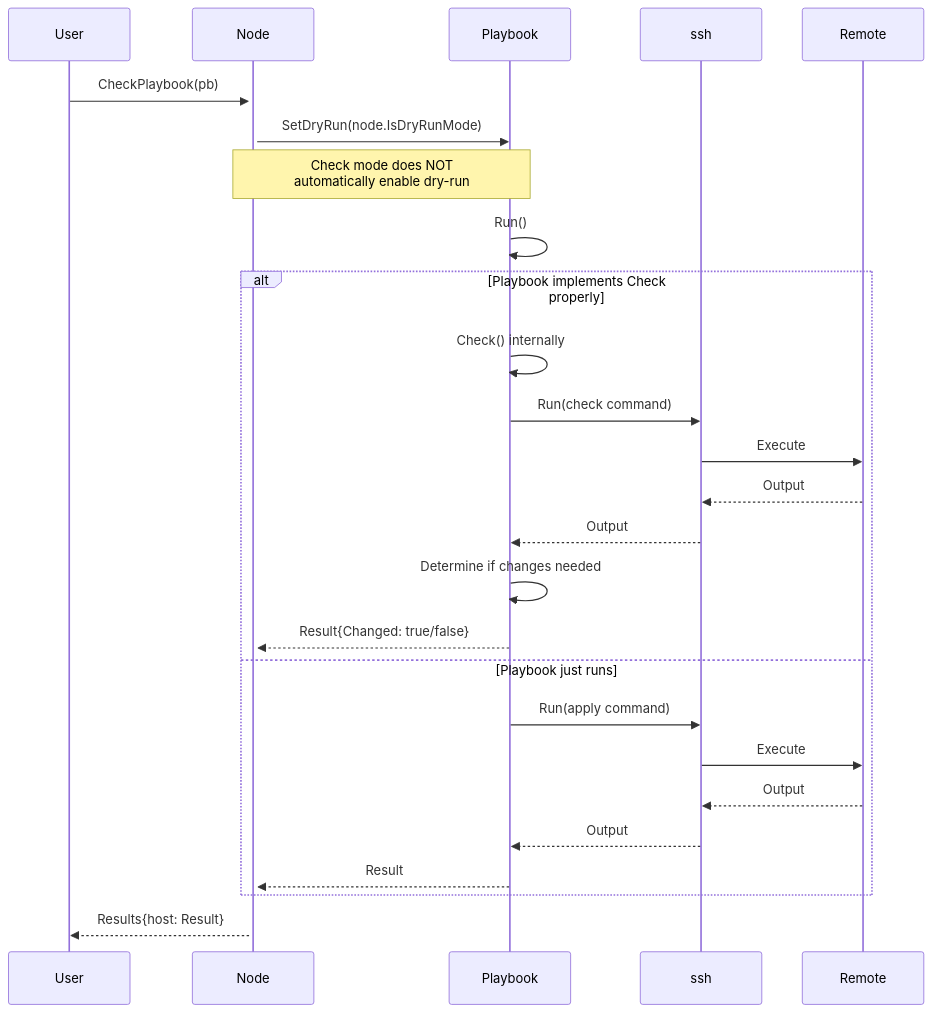
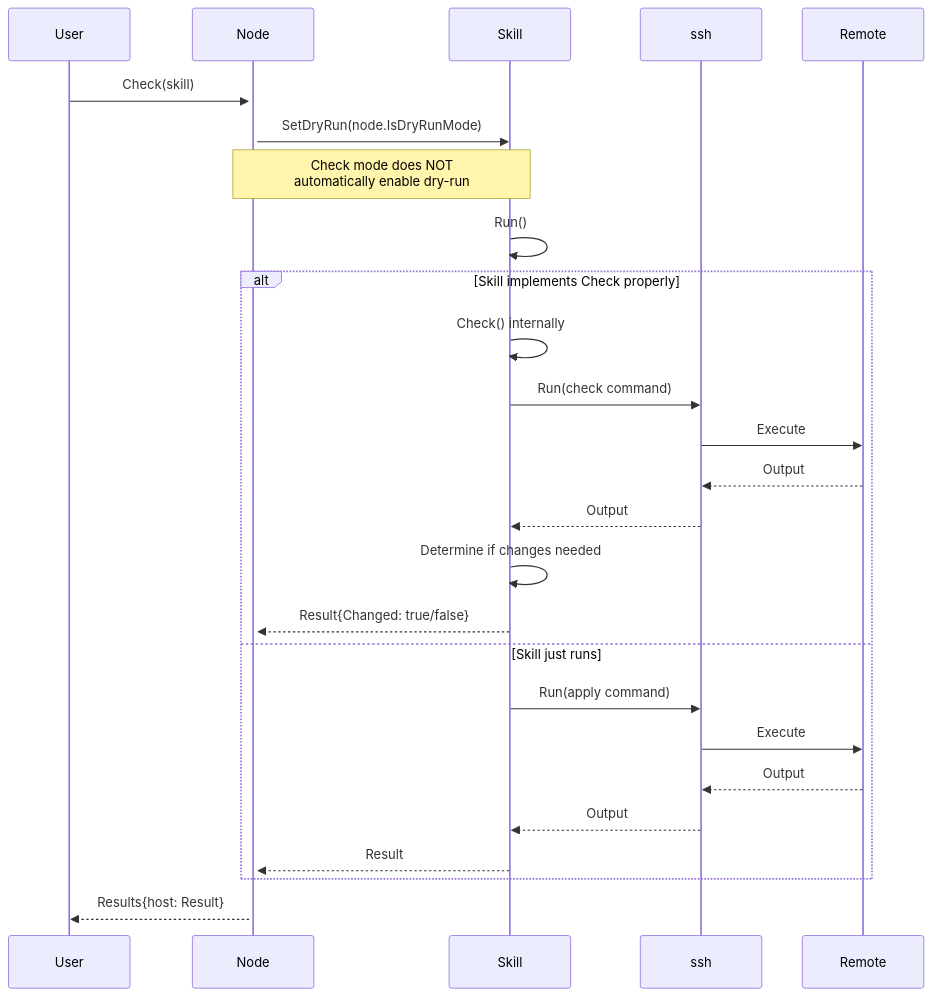
Before and after one commit to dracory/ork: the tenth of 14 diagrams in docs/livewiki/data_flow.md, drawn with Mermaid. The commit also changed other lines of this file and 4 other files, not shown here.

````diff
--- a/docs/livewiki/data_flow.md
+++ b/docs/livewiki/data_flow.md
@@ -261,28 +265,28 @@
 ```mermaid
 sequenceDiagram
-    User->>+Node: CheckPlaybook(pb)
+    User->>+Node: Check(skill)
     
-    Node->>Playbook: SetDryRun(node.IsDryRunMode)
+    Node->>Skill: SetDryRun(node.IsDryRunMode)
     
-    Note over Node,Playbook: Check mode does NOT<br/>automatically enable dry-run
+    Note over Node,Skill: Check mode does NOT<br/>automatically enable dry-run
     
-    Playbook->>Playbook: Run()
+    Skill->>Skill: Run()
     
-    alt Playbook implements Check properly
-        Playbook->>Playbook: Check() internally
-        Playbook->>ssh: Run(check command)
+    alt Skill implements Check properly
+        Skill->>Skill: Check() internally
+        Skill->>ssh: Run(check command)
         ssh->>Remote: Execute
         Remote-->>ssh: Output
-        ssh-->>Playbook: Output
-        Playbook->>Playbook: Determine if changes needed
-        Playbook-->>Node: Result{Changed: true/false}
-    else Playbook just runs
-        Playbook->>ssh: Run(apply command)
+        ssh-->>Skill: Output
+        Skill->>Skill: Determine if changes needed
+        Skill-->>Node: Result{Changed: true/false}
+    else Skill just runs
+        Skill->>ssh: Run(apply command)
         ssh->>Remote: Execute
         Remote-->>ssh: Output
-        ssh-->>Playbook: Output
-        Playbook-->>Node: Result
+        ssh-->>Skill: Output
+        Skill-->>Node: Result
     end
     
     Node-->>User: Results{host: Result}
 ```
````
